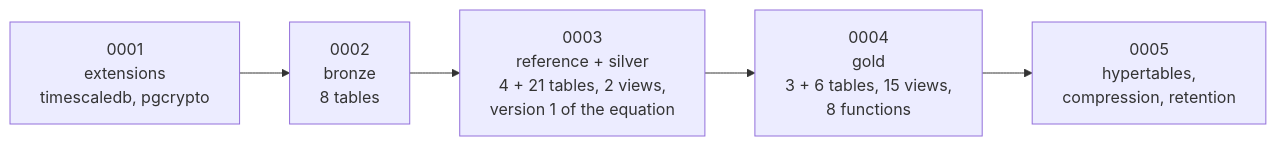
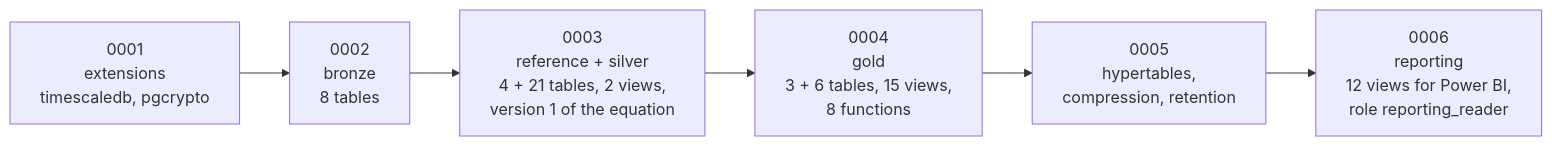
The tenth of 11 diagrams in docs/database_overview.md (juanpablocarrillohortua/clarios_app), drawn with Mermaid before and after one commit. The commit also changed other lines of this file and 19 other files, not shown here.

First line of the commit message:
feat(reporting): add a read-only reporting schema and a Power BI bridge

````diff
--- a/docs/database_overview.md
+++ b/docs/database_overview.md
@@ -727,9 +753,10 @@
 ```mermaid
 flowchart LR
     m1["0001<br/>extensions<br/>timescaledb, pgcrypto"]
     m2["0002<br/>bronze<br/>8 tables"]
     m3["0003<br/>reference + silver<br/>4 + 21 tables, 2 views,<br/>version 1 of the equation"]
     m4["0004<br/>gold<br/>3 + 6 tables, 15 views,<br/>8 functions"]
     m5["0005<br/>hypertables,<br/>compression, retention"]
-    m1 --> m2 --> m3 --> m4 --> m5
+    m6["0006<br/>reporting<br/>12 views for Power BI,<br/>role reporting_reader"]
+    m1 --> m2 --> m3 --> m4 --> m5 --> m6
 ```
````
